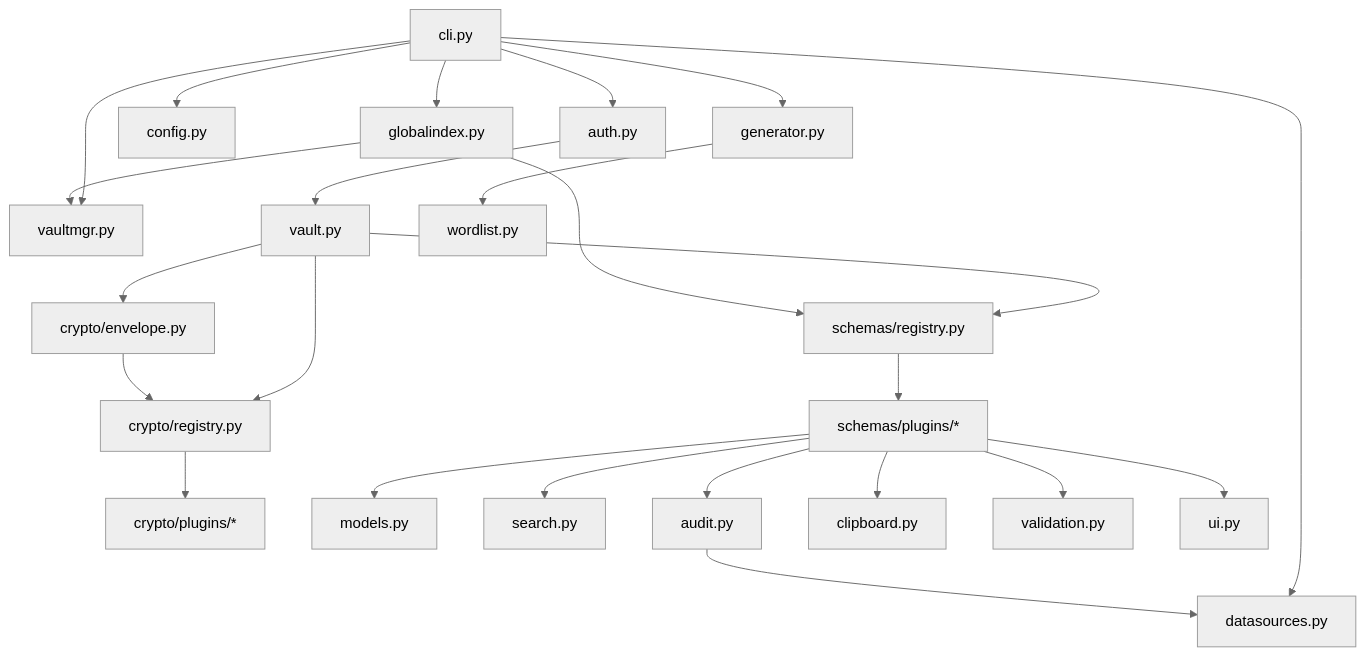
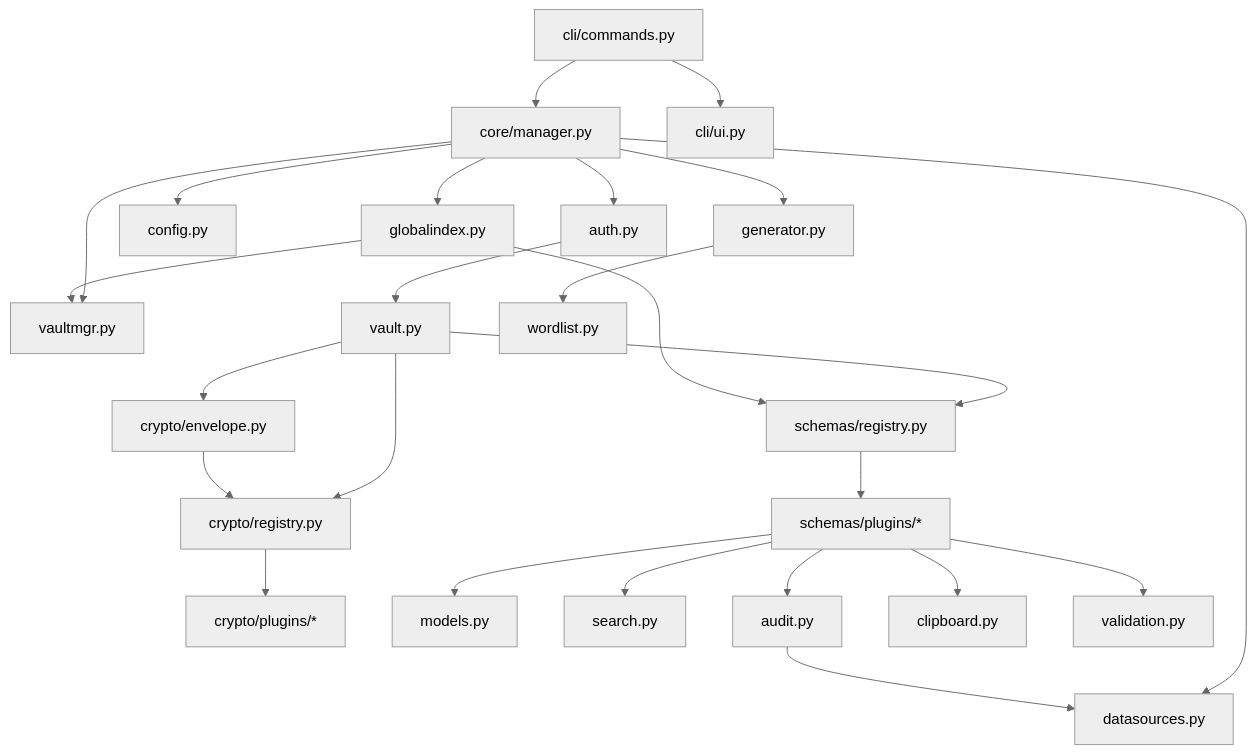
One commit to Veerabadran-M/credential-manager changed the second of 3 diagrams in docs/architecture.md. Above: the diagram before and after it, drawn with Mermaid (neutral theme). The commit also changed other lines of this file and 35 other files, not shown here.

Commit message:
refactor: clean up project architecture and documentation

````diff
--- a/docs/architecture.md
+++ b/docs/architecture.md
@@ -124,26 +189,27 @@
 ```mermaid
 graph TD
-    CLI[cli.py] --> Auth[auth.py]
-    CLI --> Config[config.py]
-    CLI --> VaultMgr[vaultmgr.py]
-    CLI --> Datasources[datasources.py]
-    CLI --> Generator[generator.py]
-    CLI --> GlobalIndex[globalindex.py]
+    CLI[cli/commands.py] --> Core[core/manager.py]
+    CLI --> UI[cli/ui.py]
+    Core --> Auth[auth.py]
+    Core --> Config[config.py]
+    Core --> VaultMgr[vaultmgr.py]
+    Core --> Datasources[datasources.py]
+    Core --> Generator[generator.py]
+    Core --> GlobalIndex[globalindex.py]
     Auth --> Vault[vault.py]
     Vault --> CryptoRegistry[crypto/registry.py]
     Vault --> SchemaRegistry[schemas/registry.py]
     CryptoRegistry --> CryptoPlugins[crypto/plugins/*]
     SchemaRegistry --> SchemaPlugins[schemas/plugins/*]
     SchemaPlugins --> Models[models.py]
     SchemaPlugins --> Search[search.py]
     SchemaPlugins --> Audit[audit.py]
     SchemaPlugins --> Clipboard[clipboard.py]
     SchemaPlugins --> Validation[validation.py]
-    SchemaPlugins --> UI[ui.py]
     Generator --> Wordlist[wordlist.py]
     Audit --> Datasources
     Vault --> Envelope[crypto/envelope.py]
     Envelope --> CryptoRegistry
     GlobalIndex --> SchemaRegistry
     GlobalIndex --> VaultMgr
 ```
````
